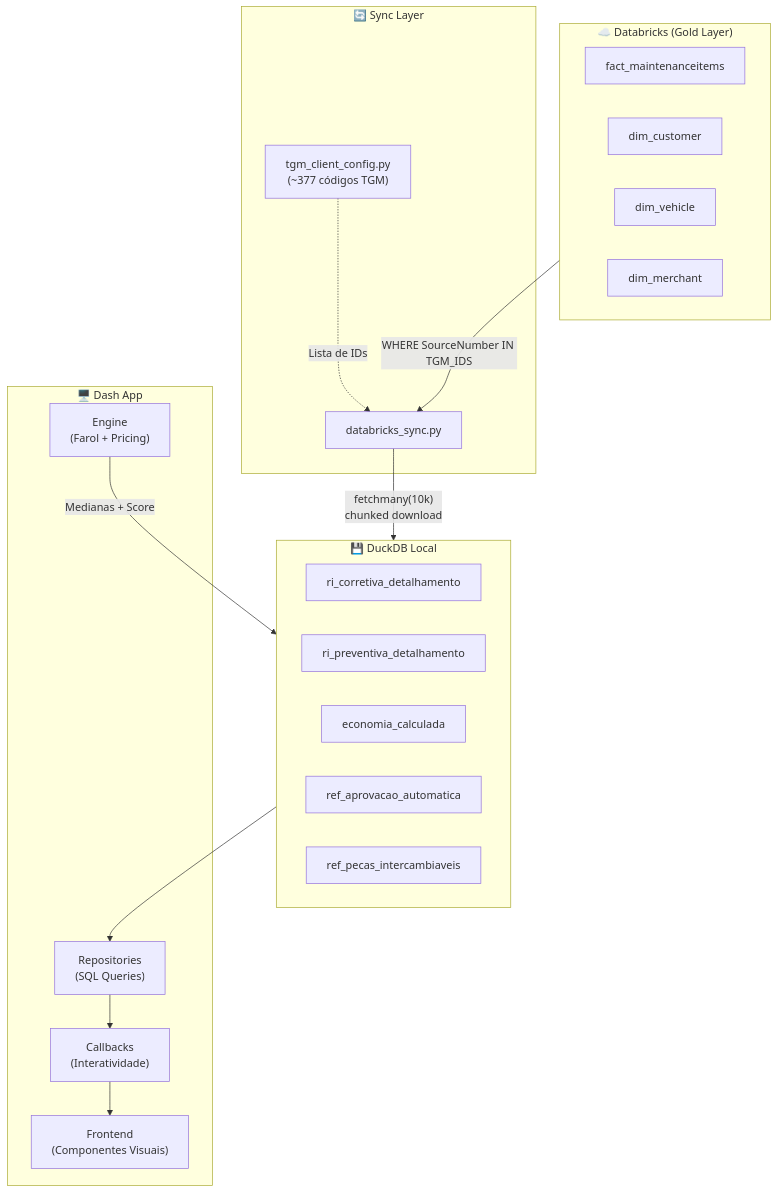
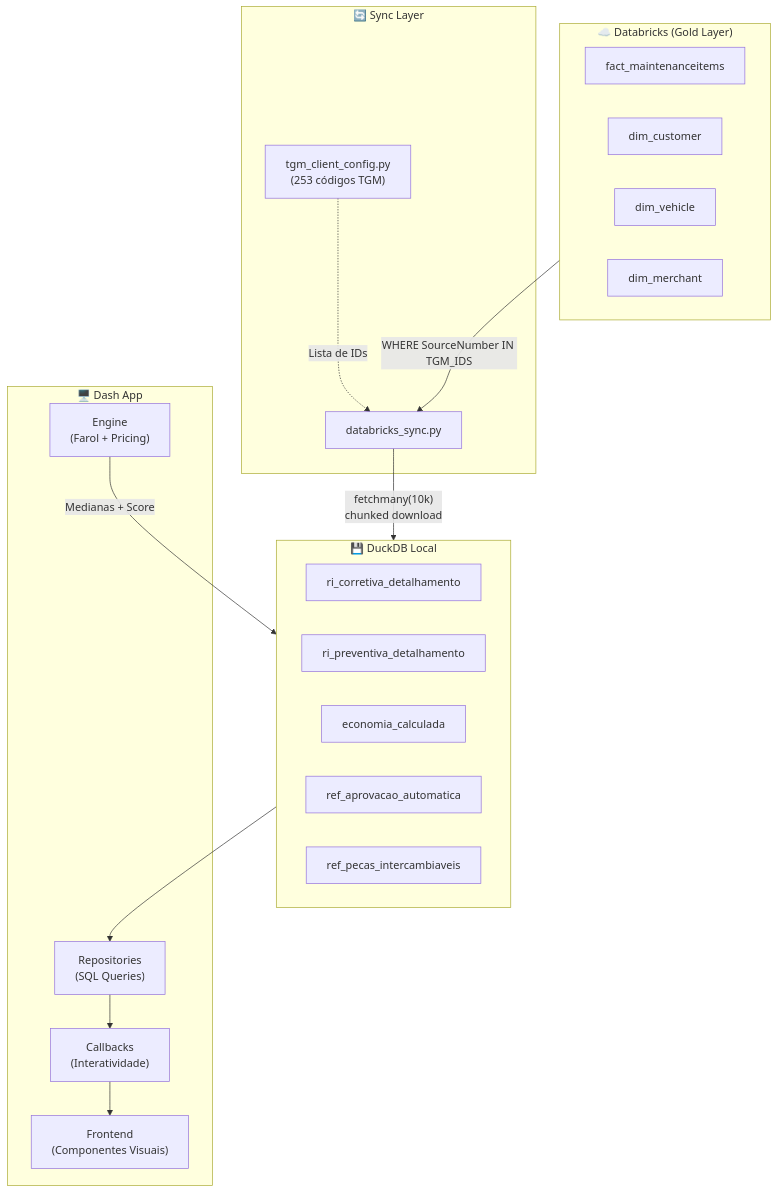
One commit to luizcarvalho66/PAINELDERI changed the second of 9 diagrams in README.md. Above: the diagram before and after it, drawn with Mermaid. The commit also changed other lines of this file and 20 other files, not shown here.

````diff
--- a/README.md
+++ b/README.md
@@ -71,37 +71,37 @@
 ```mermaid
 flowchart TB
     subgraph CLOUD["☁️ Databricks (Gold Layer)"]
         DB1["fact_maintenanceitems"]
         DB2["dim_customer"]
         DB3["dim_vehicle"]
         DB4["dim_merchant"]
     end
 
     subgraph SYNC["🔄 Sync Layer"]
         S1["databricks_sync.py"]
-        S2["tgm_client_config.py\n(~377 códigos TGM)"]
+        S2["tgm_client_config.py\n(253 códigos TGM)"]
     end
 
     subgraph LOCAL["💾 DuckDB Local"]
         T1["ri_corretiva_detalhamento"]
         T2["ri_preventiva_detalhamento"]
         T3["economia_calculada"]
         T4["ref_aprovacao_automatica"]
         T5["ref_pecas_intercambiaveis"]
     end
 
     subgraph APP["🖥️ Dash App"]
         R["Repositories\n(SQL Queries)"]
         CB["Callbacks\n(Interatividade)"]
         FE["Frontend\n(Componentes Visuais)"]
         ENG["Engine\n(Farol + Pricing)"]
     end
 
     CLOUD -->|"WHERE SourceNumber IN TGM_IDS"| S1
     S2 -.->|"Lista de IDs"| S1
     S1 -->|"fetchmany(10k)\nchunked download"| LOCAL
     LOCAL --> R
     R --> CB
     CB --> FE
     ENG -->|"Medianas + Score"| LOCAL
 ```
````
